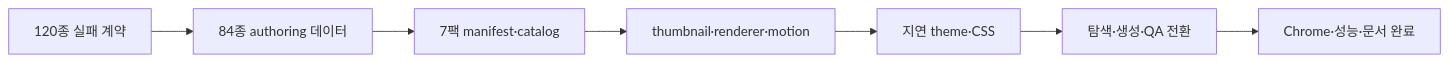
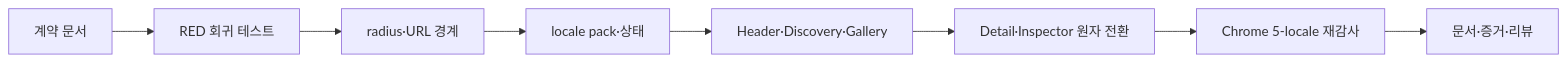
Before and after one commit to Yupkidangju/design_sample_selector: the diagram in tasks/plan.md, drawn with Mermaid. The commit also changed other lines of this file and 134 other files, not shown here.

````diff
--- a/tasks/plan.md
+++ b/tasks/plan.md
@@ -27,9 +23,10 @@
 ```mermaid
 flowchart LR
-    A[120종 실패 계약] --> B[84종 authoring 데이터]
-    B --> C[7팩 manifest·catalog]
-    C --> D[thumbnail·renderer·motion]
-    D --> E[지연 theme·CSS]
-    E --> F[탐색·생성·QA 전환]
-    F --> G[Chrome·성능·문서 완료]
+  A[계약 문서] --> B[RED 회귀 테스트]
+  B --> C[radius·URL 경계]
+  C --> D[locale pack·상태]
+  D --> E[Header·Discovery·Gallery]
+  E --> F[Detail·Inspector 원자 전환]
+  F --> G[Chrome 5-locale 재감사]
+  G --> H[문서·증거·리뷰]
 ```
````
